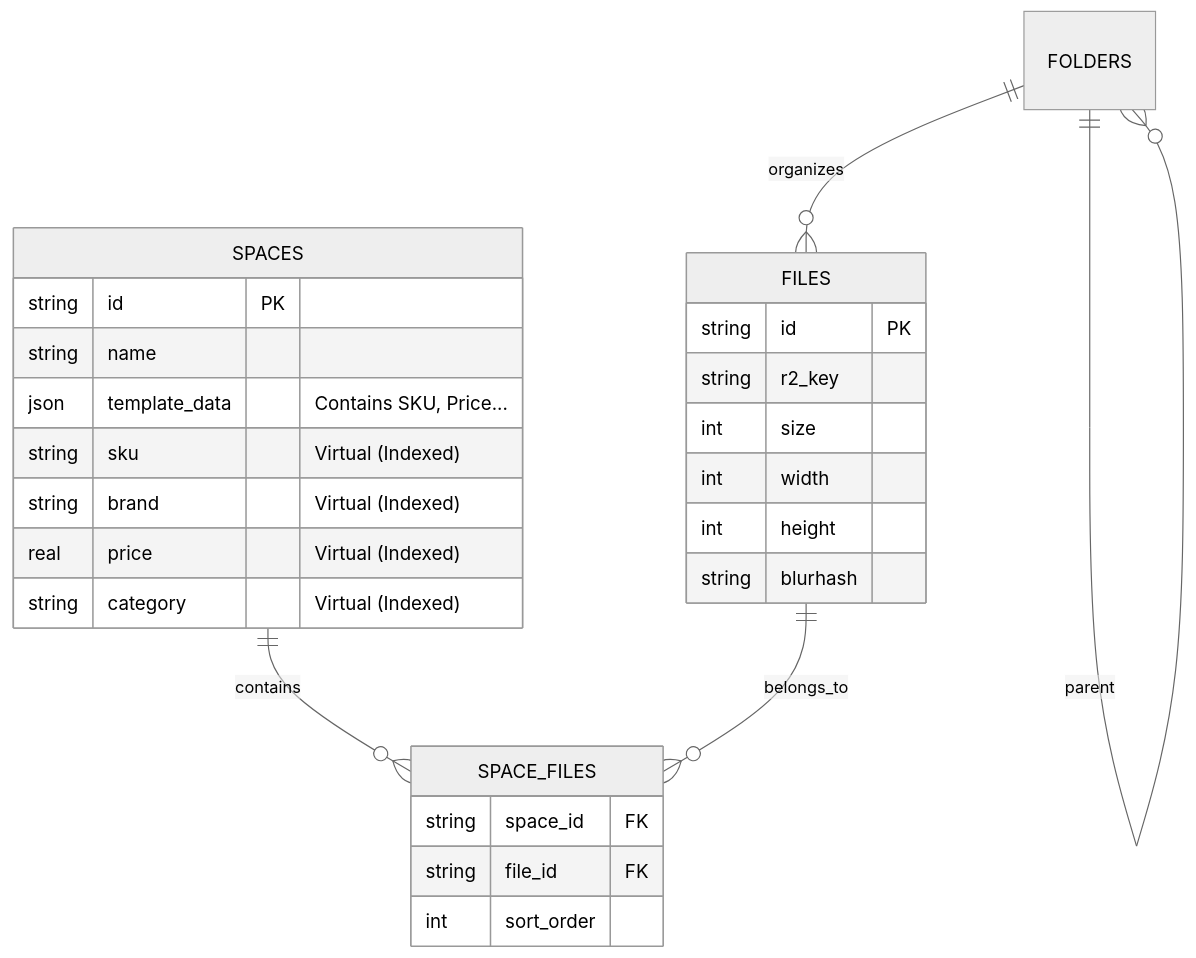
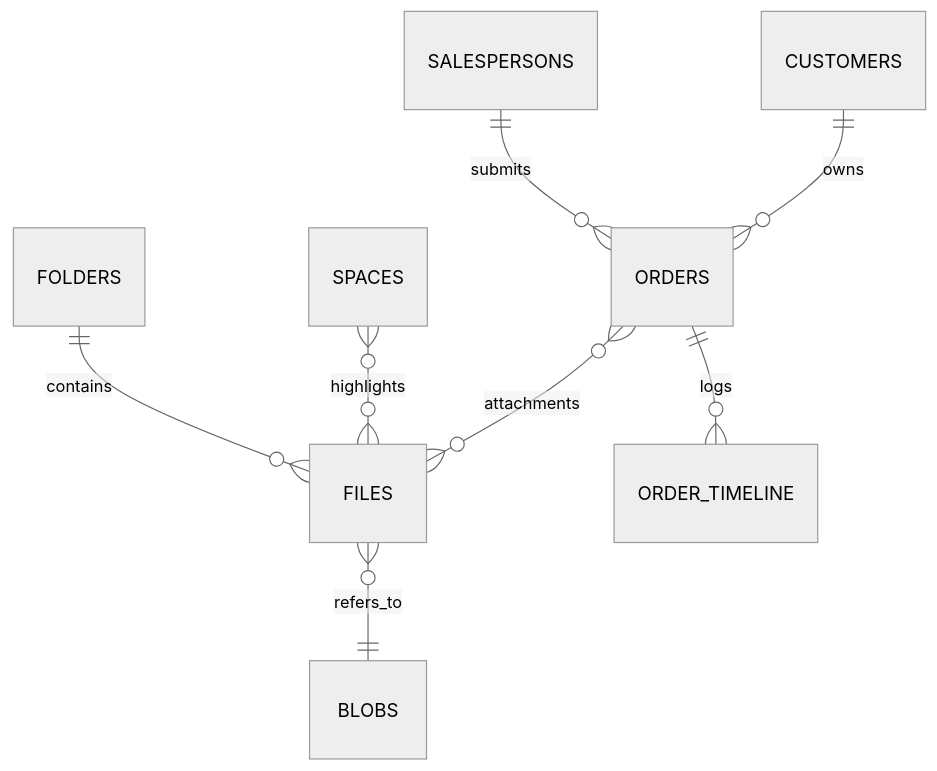
Before and after one commit to lelouch0823/KK-Image: the diagram in docs/DATABASE_SCHEMA.md, drawn with Mermaid (neutral theme). The commit also changed other lines of this file and 52 other files, not shown here.

````diff
--- a/docs/DATABASE_SCHEMA.md
+++ b/docs/DATABASE_SCHEMA.md
@@ -113,32 +120,12 @@
 ```mermaid
 erDiagram
-    SPACES ||--o{ SPACE_FILES : contains
-    FILES ||--o{ SPACE_FILES : belongs_to
-    FOLDERS ||--o{ FILES : organizes
-    FOLDERS ||--o{ FOLDERS : parent
-
-    SPACES {
-        string id PK
-        string name
-        json template_data "Contains SKU, Price..."
-        string sku "Virtual (Indexed)"
-        string brand "Virtual (Indexed)"
-        real price "Virtual (Indexed)"
-        string category "Virtual (Indexed)"
-    }
-
-    FILES {
-        string id PK
-        string r2_key
-        int size
-        int width
-        int height
-        string blurhash
-    }
-
-    SPACE_FILES {
-        string space_id FK
-        string file_id FK
-        int sort_order
-    }
+    FOLDERS ||--o{ FILES : contains
+    FILES }o--|| BLOBS : refers_to
+    
+    SPACES }o--o{ FILES : highlights
+    
+    SALESPERSONS ||--o{ ORDERS : submits
+    CUSTOMERS ||--o{ ORDERS : owns
+    ORDERS ||--o{ ORDER_TIMELINE : logs
+    ORDERS }o--o{ FILES : attachments
 ```
````
